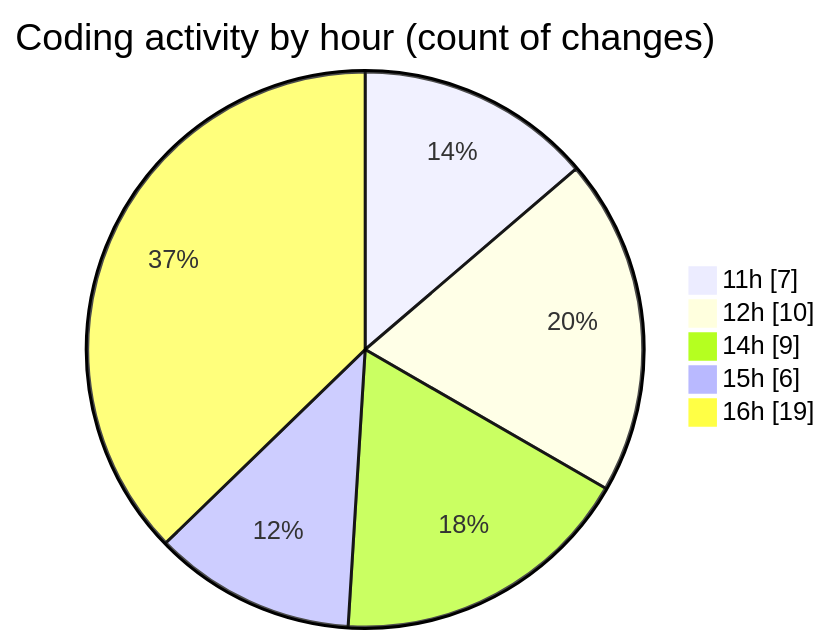
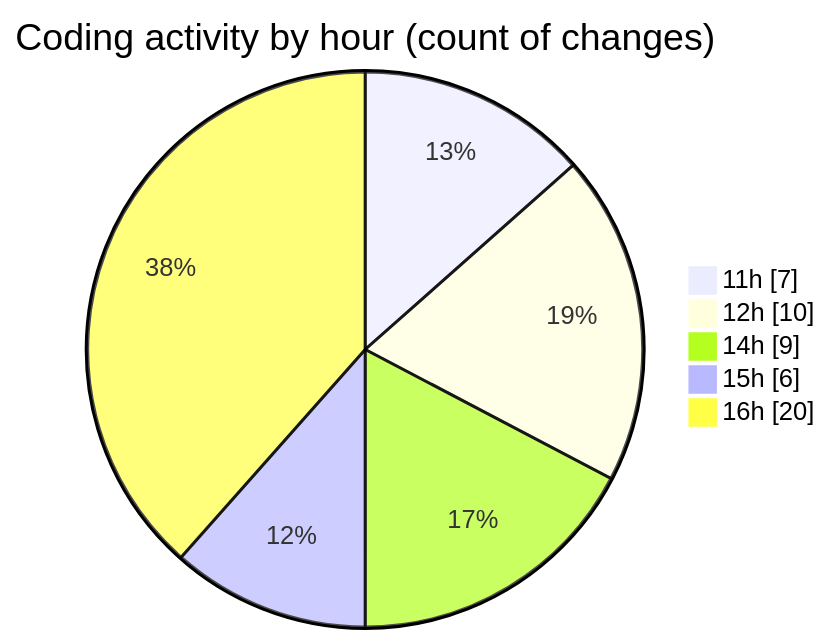
One commit to ricardozamudiocil/code-tracking changed the second of 2 diagrams in 2026-04-09/cilapp/README.md. Above: the diagram before and after it, drawn with Mermaid. The commit also changed other lines of this file and 1 other file, not shown here.

````diff
--- a/2026-04-09/cilapp/README.md
+++ b/2026-04-09/cilapp/README.md
@@ -35,9 +35,9 @@
 ```mermaid
 pie showData
 title Coding activity by hour (count of changes)
 "11h" : 7
 "12h" : 10
 "14h" : 9
 "15h" : 6
-"16h" : 19
+"16h" : 20
 ```
````
